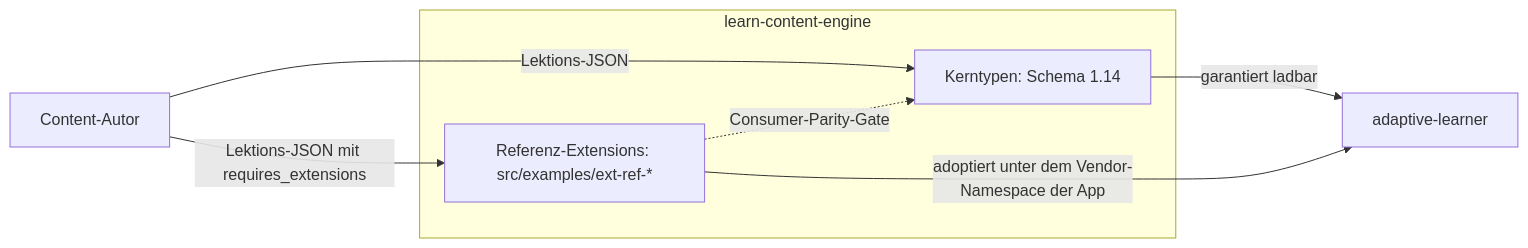
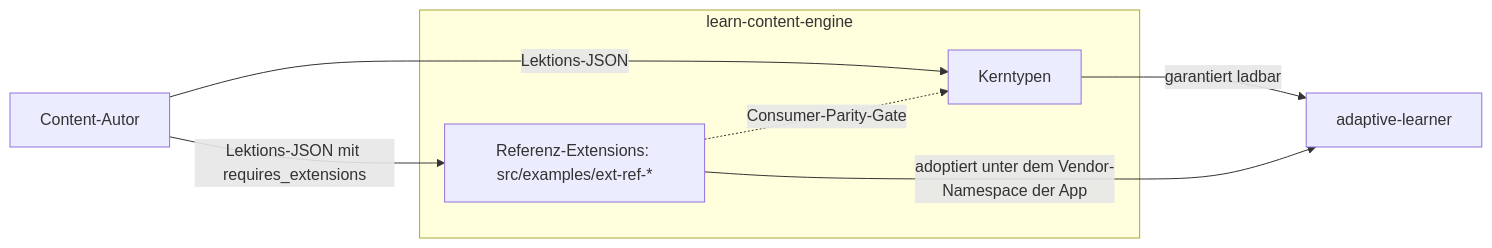
Before and after one commit to astrapi69/learn-content-engine: the second of 3 diagrams in docs/blog/de/did-we-reinvent-the-wheel.md, drawn with Mermaid. The commit also changed 8 other files, not shown here.

````diff
--- a/docs/blog/de/did-we-reinvent-the-wheel.md
+++ b/docs/blog/de/did-we-reinvent-the-wheel.md
@@ -66,12 +66,12 @@
 ```mermaid
 flowchart LR
   Author[Content-Autor] -->|Lektions-JSON| Core
   Author -->|Lektions-JSON mit requires_extensions| Ref
   subgraph Engine[learn-content-engine]
-    Core[Kerntypen: Schema 1.14]
+    Core[Kerntypen]
     Ref[Referenz-Extensions: src/examples/ext-ref-*]
   end
   Core -->|garantiert ladbar| App[adaptive-learner]
   Ref -->|adoptiert unter dem Vendor-Namespace der App| App
   Ref -.->|Consumer-Parity-Gate| Core
 ```
````
